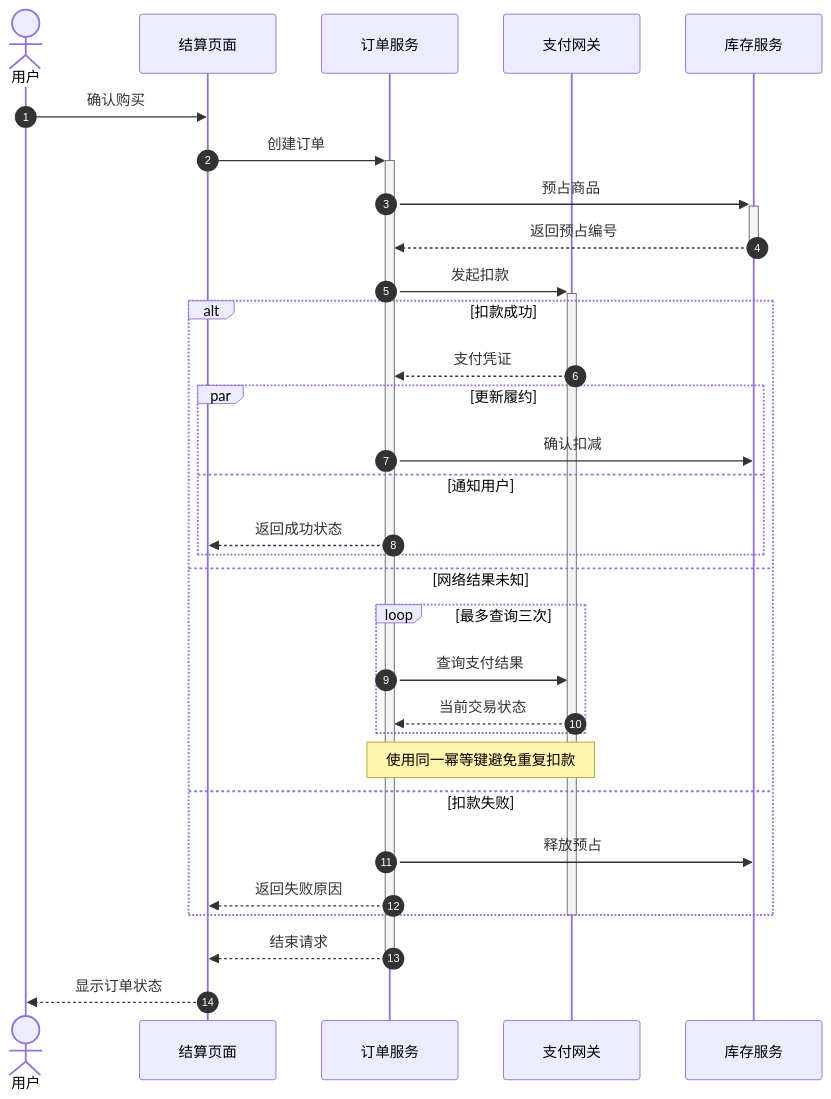
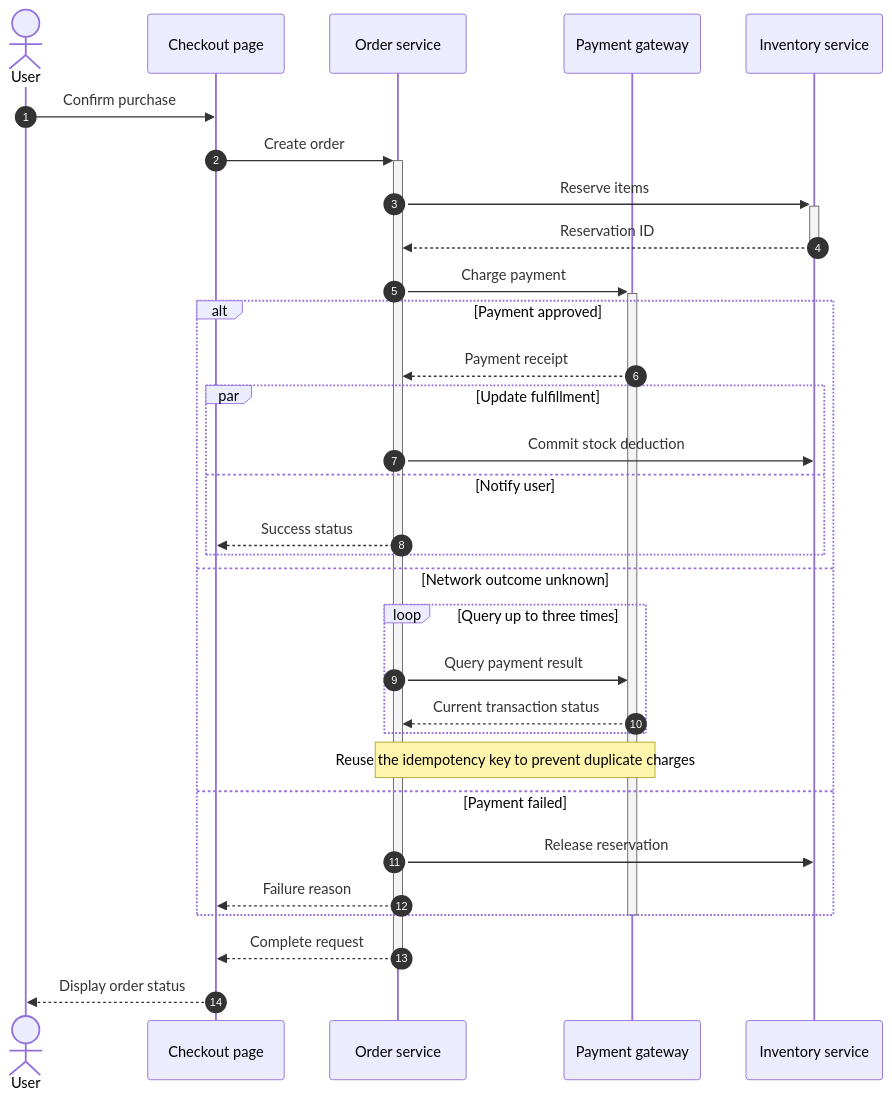
The ninth of 50 diagrams in docs/examples/mermaid-pele-theme-gallery.md (wizlijun/note.md), drawn with Mermaid before and after one commit. The commit also changed other lines of this file, not shown here.

Commit message:
docs: make diagram gallery English and image focused

````diff
--- a/docs/examples/mermaid-pele-theme-gallery.md
+++ b/docs/examples/mermaid-pele-theme-gallery.md
@@ -636,34 +423,34 @@
 ```mermaid
 sequenceDiagram
   autonumber
-  actor User as 用户
-  participant App as 结算页面
-  participant Order as 订单服务
-  participant Pay as 支付网关
-  participant Stock as 库存服务
-  User->>App: 确认购买
-  App->>+Order: 创建订单
-  Order->>+Stock: 预占商品
-  Stock-->>-Order: 返回预占编号
-  Order->>+Pay: 发起扣款
-  alt 扣款成功
-    Pay-->>Order: 支付凭证
-    par 更新履约
-      Order->>Stock: 确认扣减
-    and 通知用户
-      Order-->>App: 返回成功状态
+  actor User as User
+  participant App as Checkout page
+  participant Order as Order service
+  participant Pay as Payment gateway
+  participant Stock as Inventory service
+  User->>App: Confirm purchase
+  App->>+Order: Create order
+  Order->>+Stock: Reserve items
+  Stock-->>-Order: Reservation ID
+  Order->>+Pay: Charge payment
+  alt Payment approved
+    Pay-->>Order: Payment receipt
+    par Update fulfillment
+      Order->>Stock: Commit stock deduction
+    and Notify user
+      Order-->>App: Success status
     end
-  else 网络结果未知
-    loop 最多查询三次
-      Order->>Pay: 查询支付结果
-      Pay-->>Order: 当前交易状态
+  else Network outcome unknown
+    loop Query up to three times
+      Order->>Pay: Query payment result
+      Pay-->>Order: Current transaction status
     end
-    Note over Order,Pay: 使用同一幂等键避免重复扣款
-  else 扣款失败
-    Order->>Stock: 释放预占
-    Order-->>App: 返回失败原因
+    Note over Order,Pay: Reuse the idempotency key to prevent duplicate charges
+  else Payment failed
+    Order->>Stock: Release reservation
+    Order-->>App: Failure reason
   end
   deactivate Pay
-  Order-->>-App: 结束请求
-  App-->>User: 显示订单状态
+  Order-->>-App: Complete request
+  App-->>User: Display order status
 ```
````
